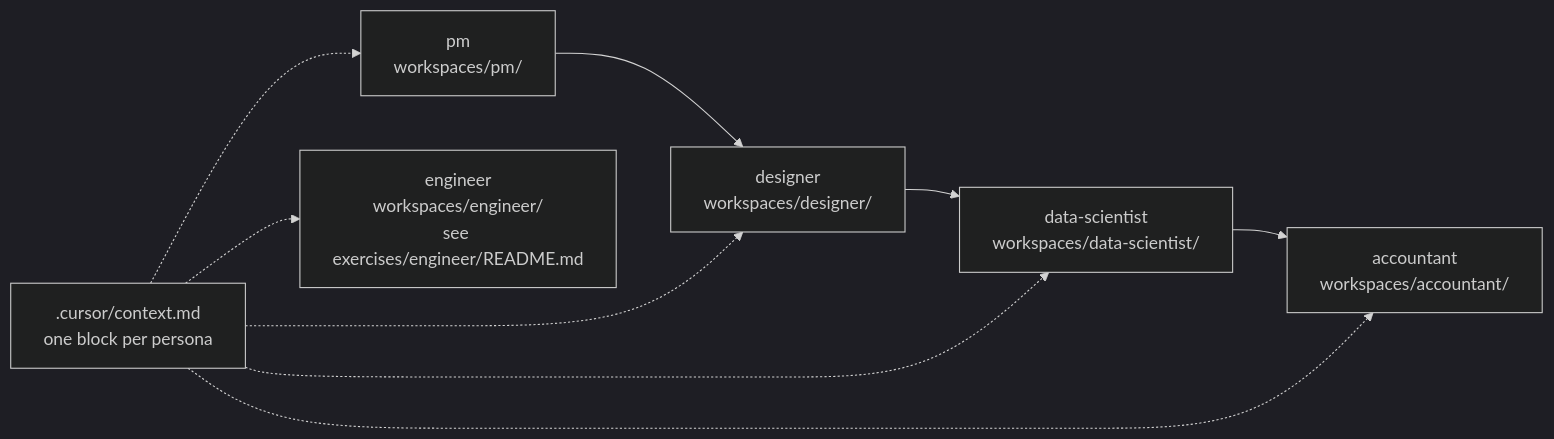
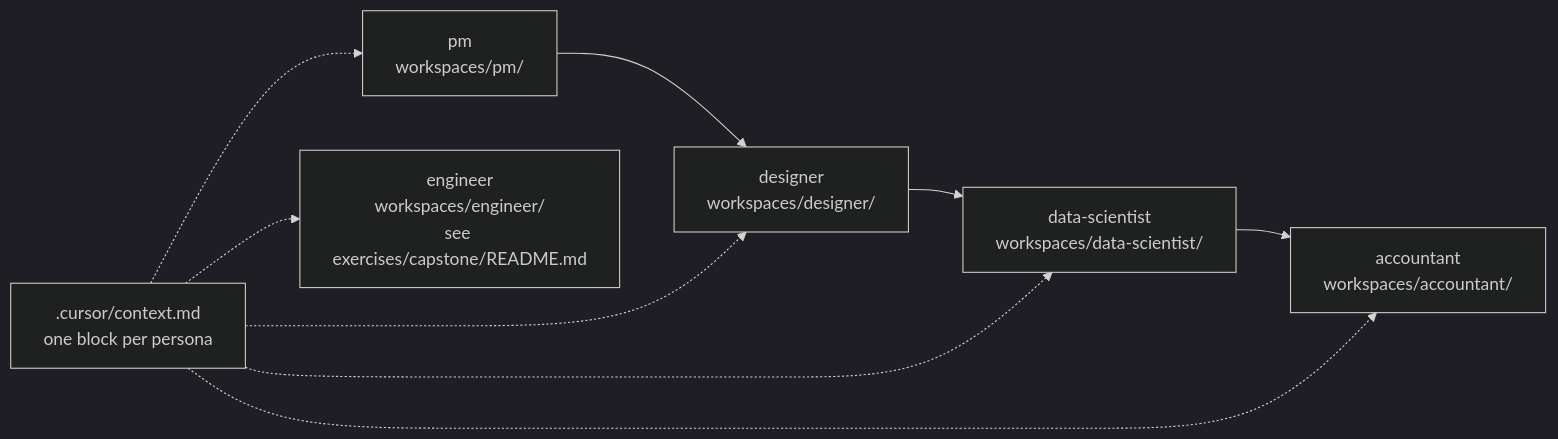
The diagram in student_runbook.md (axel-sirota/cursor-course-templates), drawn with Mermaid (dark theme) before and after one commit. The commit also changed other lines of this file and 21 other files, not shown here.

````diff
--- a/student_runbook.md
+++ b/student_runbook.md
@@ -109,8 +111,8 @@
 ```mermaid
 flowchart LR
   PM["pm<br/>workspaces/pm/"] --> DES["designer<br/>workspaces/designer/"]
   DES --> DS["data-scientist<br/>workspaces/data-scientist/"]
   DS --> ACC["accountant<br/>workspaces/accountant/"]
-  ENG["engineer<br/>workspaces/engineer/<br/>see exercises/engineer/README.md"]
+  ENG["engineer<br/>workspaces/engineer/<br/>see exercises/capstone/README.md"]
   CTX[".cursor/context.md<br/>one block per persona"] -.-> PM & DES & DS & ACC & ENG
 ```
````
